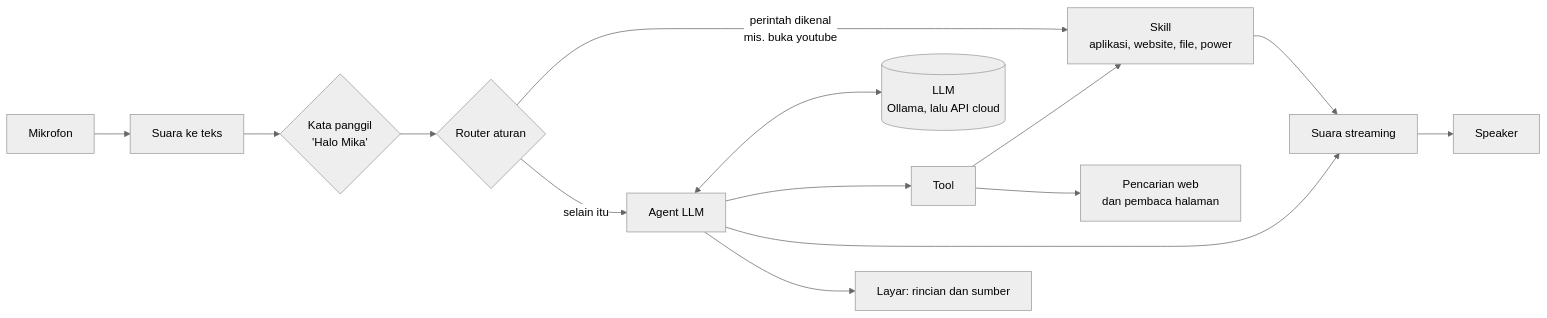
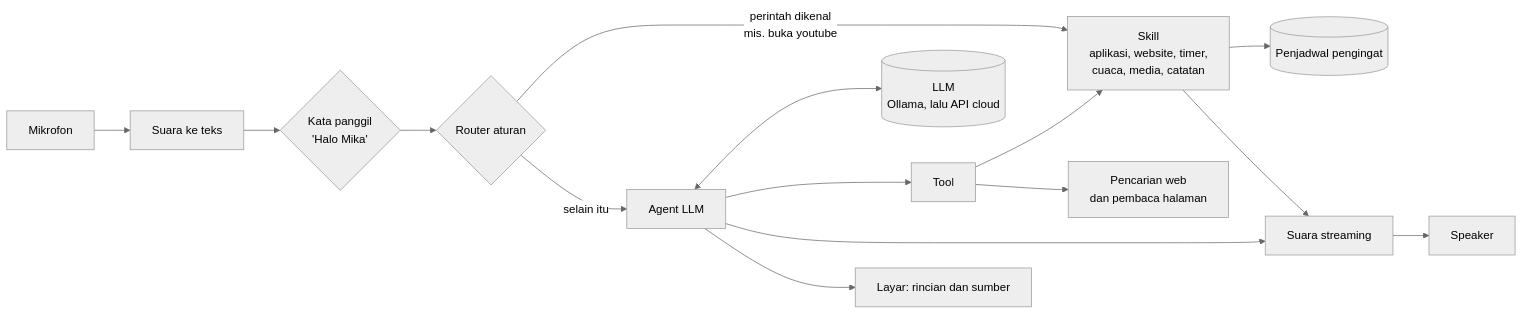
One commit to Adyifa/my-own-personal-ai changed the second of 2 diagrams in README.md. Above: the diagram before and after it, drawn with Mermaid (neutral theme). The commit also changed other lines of this file and 26 other files, not shown here.

````diff
--- a/README.md
+++ b/README.md
@@ -207,16 +224,17 @@
 ```mermaid
 flowchart LR
     Mic[Mikrofon] --> STT[Suara ke teks]
     STT --> Wake{"Kata panggil<br/>'Halo Mika'"}
     Wake --> Router{Router aturan}
-    Router -- "perintah dikenal<br/>mis. buka youtube" --> Skills[Skill<br/>aplikasi, website, file, power]
+    Router -- "perintah dikenal<br/>mis. buka youtube" --> Skills[Skill<br/>aplikasi, website, timer,<br/>cuaca, media, catatan]
+    Skills --> Scheduler[(Penjadwal pengingat)]
     Router -- "selain itu" --> Agent[Agent LLM]
     Agent <--> LLM[("LLM<br/>Ollama, lalu API cloud")]
     Agent --> Tools[Tool]
     Tools --> Skills
     Tools --> Web[Pencarian web<br/>dan pembaca halaman]
     Agent --> TTS[Suara streaming]
     Skills --> TTS
     Agent --> Screen[Layar: rincian dan sumber]
     TTS --> Speaker[Speaker]
 ```
````
